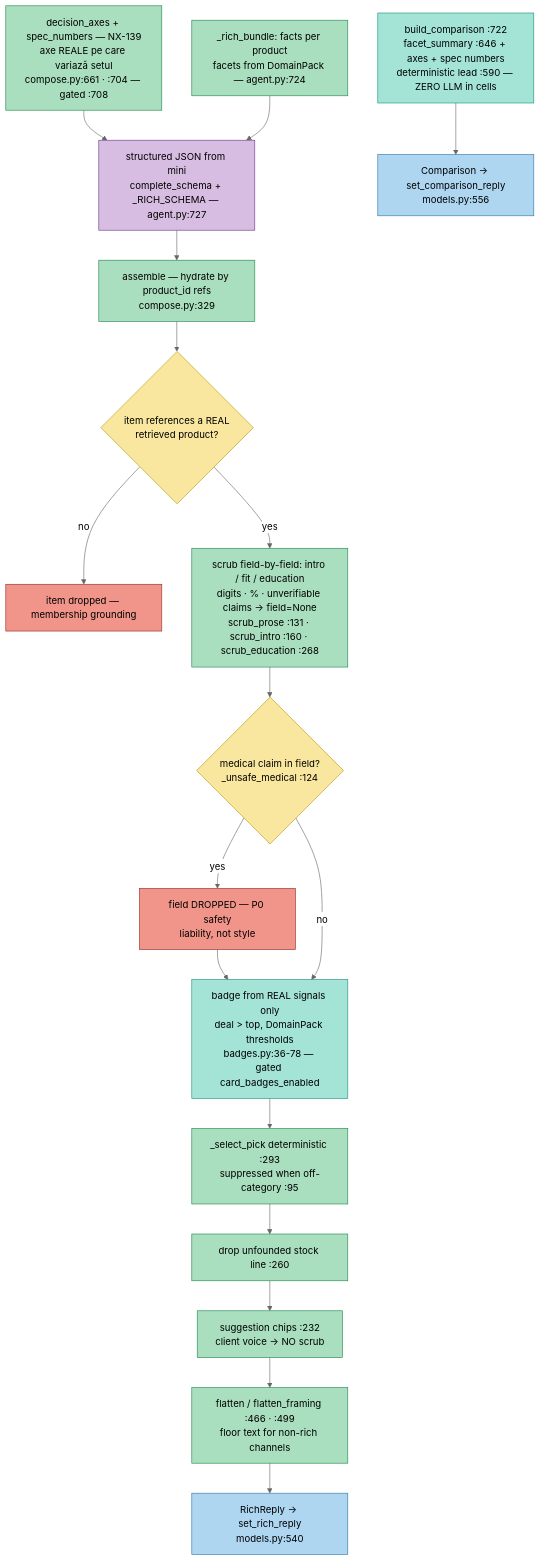
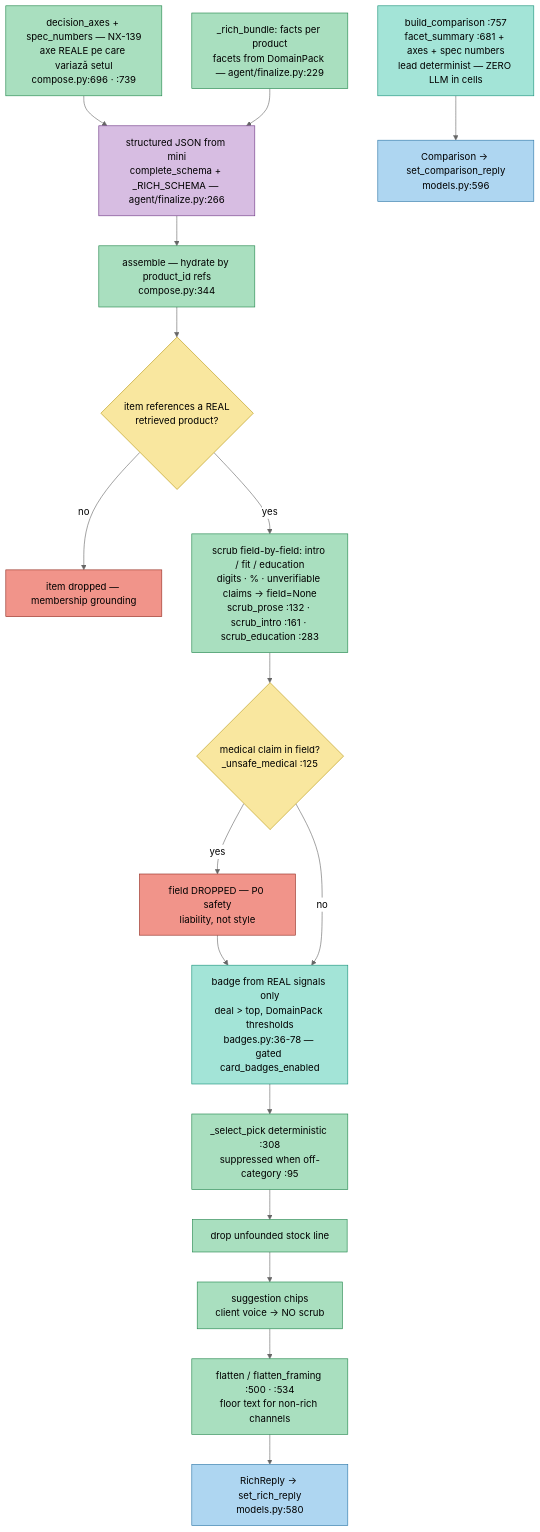
The eighth of 14 diagrams in docs/ARCHITECTURE-WORKFLOWS.md (AdiBoaru/Sales-Ass), drawn with Mermaid (neutral theme) before and after one commit. The commit also changed other lines of this file and 100 other files, not shown here.

First line of the commit message:
chore: curățenie de repo — arhivare, carduri, migrarea 039, artefacte + diagramele de arhitectură (#276)

````diff
--- a/docs/ARCHITECTURE-WORKFLOWS.md
+++ b/docs/ARCHITECTURE-WORKFLOWS.md
@@ -573,41 +658,41 @@
 ```mermaid
 flowchart TD
   classDef dec fill:#f9e79f,stroke:#b7950b,color:#000
   classDef llm fill:#d7bde2,stroke:#6c3483,color:#000
   classDef free fill:#a3e4d7,stroke:#148f77,color:#000
   classDef out fill:#aed6f1,stroke:#2874a6,color:#000
   classDef step fill:#a9dfbf,stroke:#1e8449,color:#000
   classDef err fill:#f1948a,stroke:#922b21,color:#000
 
-  AXES["decision_axes + spec_numbers — NX-139<br/>axe REALE pe care variază setul<br/>compose.py:661 · :704 — gated :708"]:::step
-  BNDL["_rich_bundle: facts per product<br/>facets from DomainPack — agent.py:724"]:::step
-  JIN["structured JSON from mini<br/>complete_schema + _RICH_SCHEMA — agent.py:727"]:::llm
+  AXES["decision_axes + spec_numbers — NX-139<br/>axe REALE pe care variază setul<br/>compose.py:696 · :739"]:::step
+  BNDL["_rich_bundle: facts per product<br/>facets from DomainPack — agent/finalize.py:229"]:::step
+  JIN["structured JSON from mini<br/>complete_schema + _RICH_SCHEMA — agent/finalize.py:266"]:::llm
 
-  ASM["assemble — hydrate by product_id refs<br/>compose.py:329"]:::step
+  ASM["assemble — hydrate by product_id refs<br/>compose.py:344"]:::step
   MEM{"item references a REAL<br/>retrieved product?"}:::dec
   DROPI["item dropped — membership grounding"]:::err
 
-  SCRB["scrub field-by-field: intro / fit / education<br/>digits · % · unverifiable claims → field=None<br/>scrub_prose :131 · scrub_intro :160 · scrub_education :268"]:::step
-  MED{"medical claim in field?<br/>_unsafe_medical :124"}:::dec
+  SCRB["scrub field-by-field: intro / fit / education<br/>digits · % · unverifiable claims → field=None<br/>scrub_prose :132 · scrub_intro :161 · scrub_education :283"]:::step
+  MED{"medical claim in field?<br/>_unsafe_medical :125"}:::dec
   DROPF["field DROPPED — P0 safety<br/>liability, not style"]:::err
 
   BDG["badge from REAL signals only<br/>deal > top, DomainPack thresholds<br/>badges.py:36-78 — gated card_badges_enabled"]:::free
-  PICK["_select_pick deterministic :293<br/>suppressed when off-category :95"]:::step
-  STK["drop unfounded stock line :260"]:::step
-  CHIPS["suggestion chips :232<br/>client voice → NO scrub"]:::step
-  FLAT["flatten / flatten_framing :466 · :499<br/>floor text for non-rich channels"]:::step
-  OUTR["RichReply → set_rich_reply<br/>models.py:540"]:::out
+  PICK["_select_pick deterministic :308<br/>suppressed when off-category :95"]:::step
+  STK["drop unfounded stock line"]:::step
+  CHIPS["suggestion chips<br/>client voice → NO scrub"]:::step
+  FLAT["flatten / flatten_framing :500 · :534<br/>floor text for non-rich channels"]:::step
+  OUTR["RichReply → set_rich_reply<br/>models.py:580"]:::out
 
-  CMPB["build_comparison :722<br/>facet_summary :646 + axes + spec numbers<br/>deterministic lead :590 — ZERO LLM in cells"]:::free
-  OUTC["Comparison → set_comparison_reply<br/>models.py:556"]:::out
+  CMPB["build_comparison :757<br/>facet_summary :681 + axes + spec numbers<br/>lead determinist — ZERO LLM in cells"]:::free
+  OUTC["Comparison → set_comparison_reply<br/>models.py:596"]:::out
 
   AXES --> JIN
   BNDL --> JIN
   JIN --> ASM --> MEM
   MEM -- no --> DROPI
   MEM -- yes --> SCRB --> MED
   MED -- yes --> DROPF --> BDG
   MED -- no --> BDG
   BDG --> PICK --> STK --> CHIPS --> FLAT --> OUTR
   CMPB --> OUTC
 ```
````
